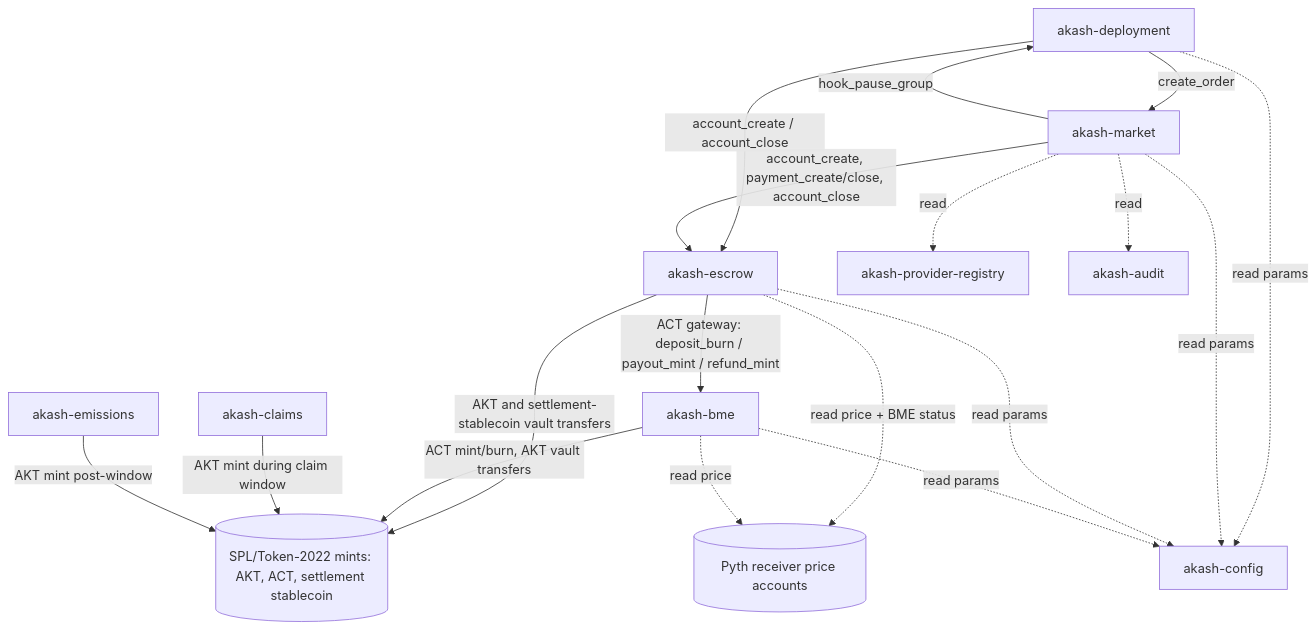
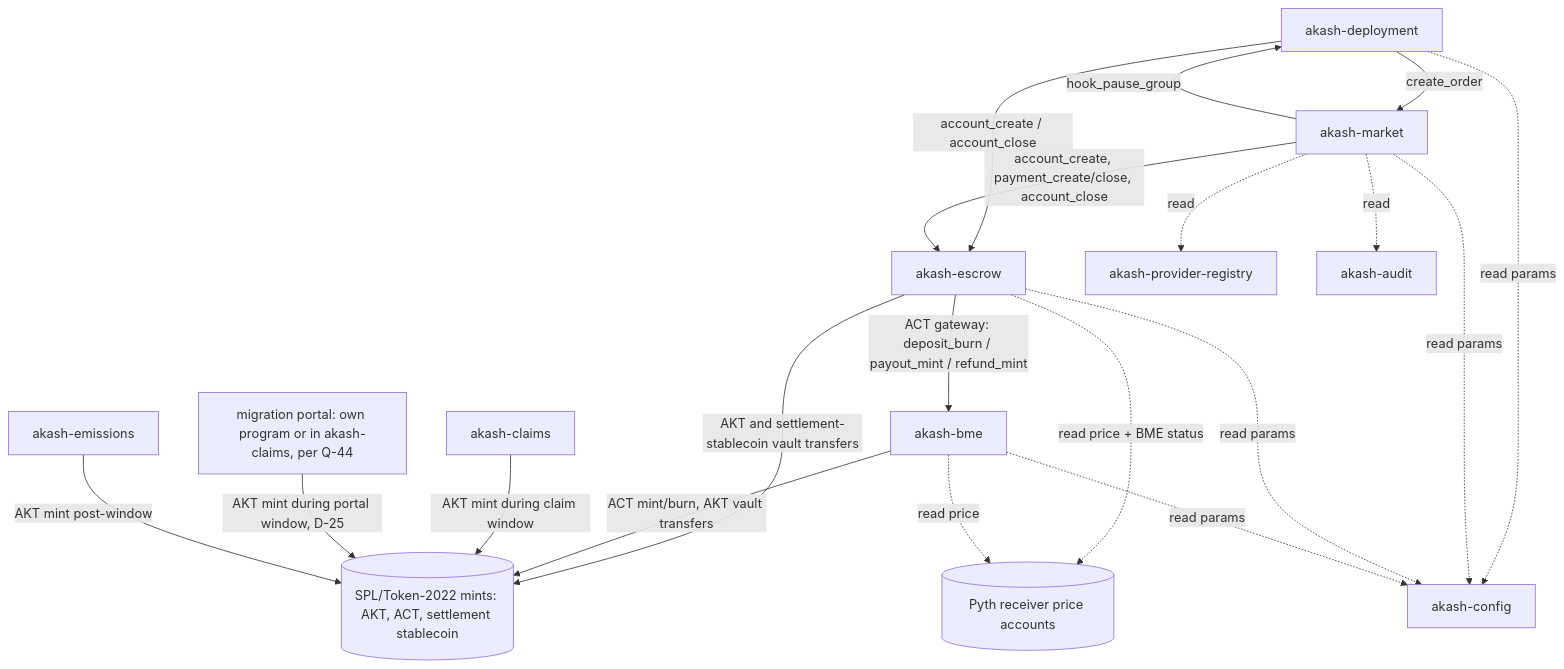
The diagram in src/content/aeps/aep-79/doc/03-solana-architecture.md (akash-network/website), drawn with Mermaid before and after one commit. The commit also changed other lines of this file and 18 other files, not shown here.

````diff
--- a/src/content/aeps/aep-79/doc/03-solana-architecture.md
+++ b/src/content/aeps/aep-79/doc/03-solana-architecture.md
@@ -89,29 +89,31 @@
 ```mermaid
 graph TD
   DEP[akash-deployment]
   MKT[akash-market]
   ESC[akash-escrow]
   BME[akash-bme]
   PRV[akash-provider-registry]
   AUD[akash-audit]
   CFG[akash-config]
   CLM[akash-claims]
   EMI[akash-emissions]
+  PRT["migration portal: own program or in akash-claims, per Q-44"]
   T22[(SPL/Token-2022 mints: AKT, ACT, settlement stablecoin)]
   PYTH[(Pyth receiver price accounts)]
 
   DEP -->|create_order| MKT
   DEP -->|account_create / account_close| ESC
   MKT -->|account_create, payment_create/close, account_close| ESC
   MKT -->|hook_pause_group| DEP
   ESC -->|ACT gateway: deposit_burn / payout_mint / refund_mint| BME
   ESC -->|AKT and settlement-stablecoin vault transfers| T22
   BME -->|ACT mint/burn, AKT vault transfers| T22
   CLM -->|AKT mint during claim window| T22
+  PRT -->|AKT mint during portal window, D-25| T22
   EMI -->|AKT mint post-window| T22
   MKT -.->|read| PRV
   MKT -.->|read| AUD
   ESC -.->|read price + BME status| PYTH
   BME -.->|read price| PYTH
   DEP & MKT & ESC & BME -.->|read params| CFG
 ```
````
